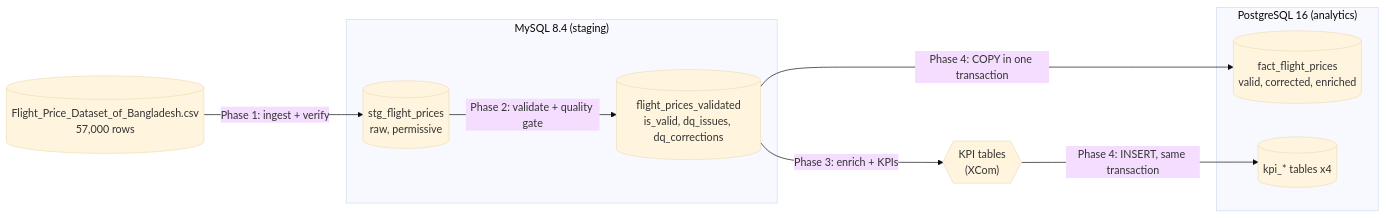
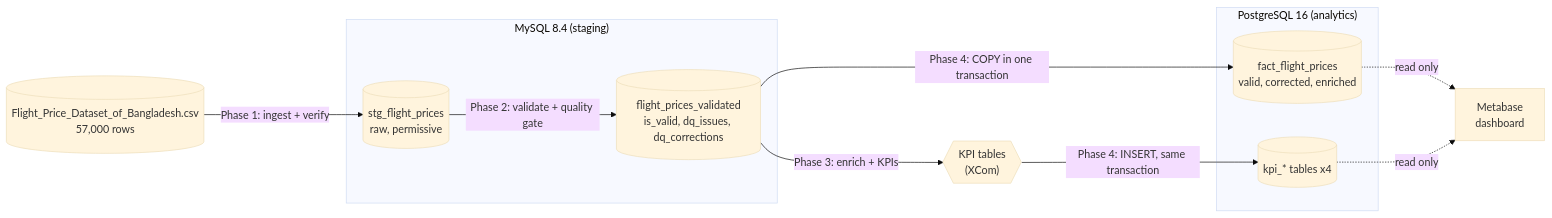
The first of 2 diagrams in README.md (Kamandathe3rd/flight-price-airflow), drawn with Mermaid (base theme) before and after one commit. The commit also changed other lines of this file and 1 other file, not shown here.

Commit message:
Update README with Metabase KPI dashboard

````diff
--- a/README.md
+++ b/README.md
@@ -48,17 +51,20 @@
 ```mermaid
 flowchart LR
     CSV[("Flight_Price_Dataset_of_Bangladesh.csv<br/>57,000 rows")]
     subgraph MySQL["MySQL 8.4 (staging)"]
         STG[("stg_flight_prices<br/>raw, permissive")]
         VAL[("flight_prices_validated<br/>is_valid, dq_issues, dq_corrections")]
     end
     subgraph PG["PostgreSQL 16 (analytics)"]
         FACT[("fact_flight_prices<br/>valid, corrected, enriched")]
         KPI[("kpi_* tables x4")]
     end
+    MB["Metabase<br/>dashboard"]
     CSV -->|"Phase 1: ingest + verify"| STG
     STG -->|"Phase 2: validate + quality gate"| VAL
     VAL -->|"Phase 3: enrich + KPIs"| K{{"KPI tables<br/>(XCom)"}}
     VAL -->|"Phase 4: COPY in one transaction"| FACT
     K -->|"Phase 4: INSERT, same transaction"| KPI
+    FACT -.->|"read only"| MB
+    KPI -.->|"read only"| MB
 ```
````
